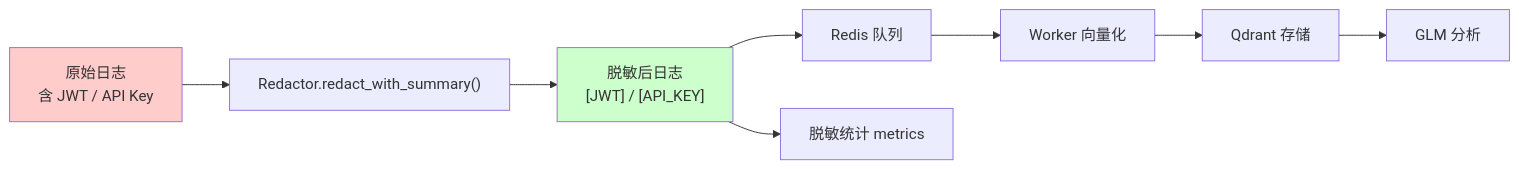
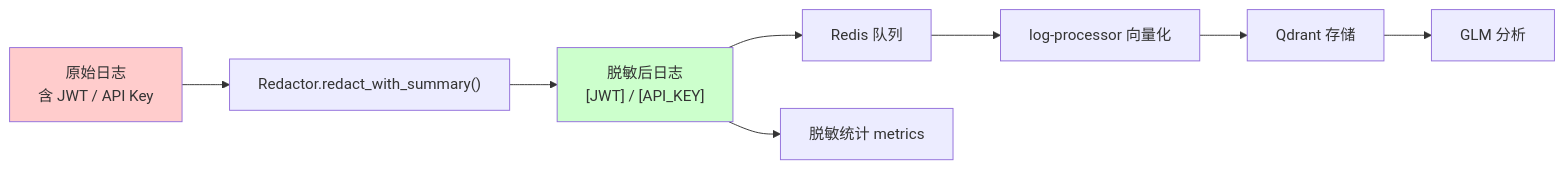
Before and after one commit to fanqingsong/Logara-AI: the third of 17 diagrams in docs/business-logic.md, drawn with Mermaid. The commit also changed other lines of this file and 64 other files, not shown here.

````diff
--- a/docs/business-logic.md
+++ b/docs/business-logic.md
@@ -329,14 +329,14 @@
 ```mermaid
 flowchart LR
     Raw["原始日志<br/>含 JWT / API Key"] --> Redactor["Redactor.redact_with_summary()"]
     Redactor --> Clean["脱敏后日志<br/>[JWT] / [API_KEY]"]
     Clean --> Queue["Redis 队列"]
     Clean --> Metrics["脱敏统计 metrics"]
 
-    Queue --> Worker["Worker 向量化"]
-    Worker --> Qdrant["Qdrant 存储"]
+    Queue --> LP["log-processor 向量化"]
+    LP --> Qdrant["Qdrant 存储"]
     Qdrant --> LLM["GLM 分析"]
 
     style Raw fill:#ffcccc
     style Clean fill:#ccffcc
 ```
````
